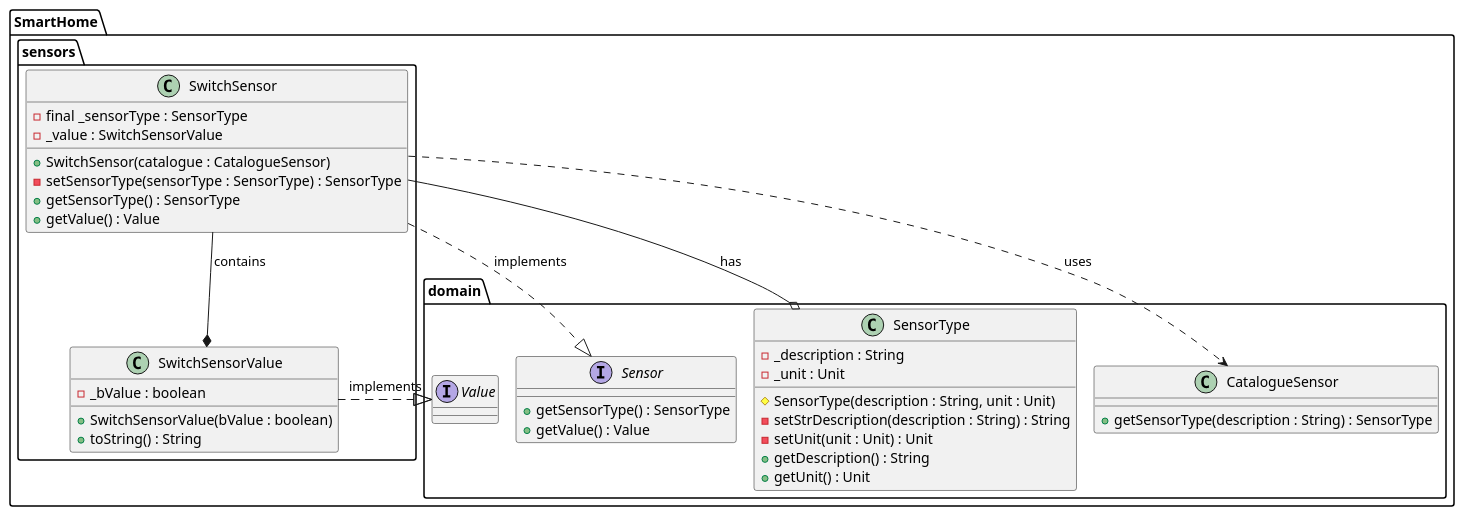
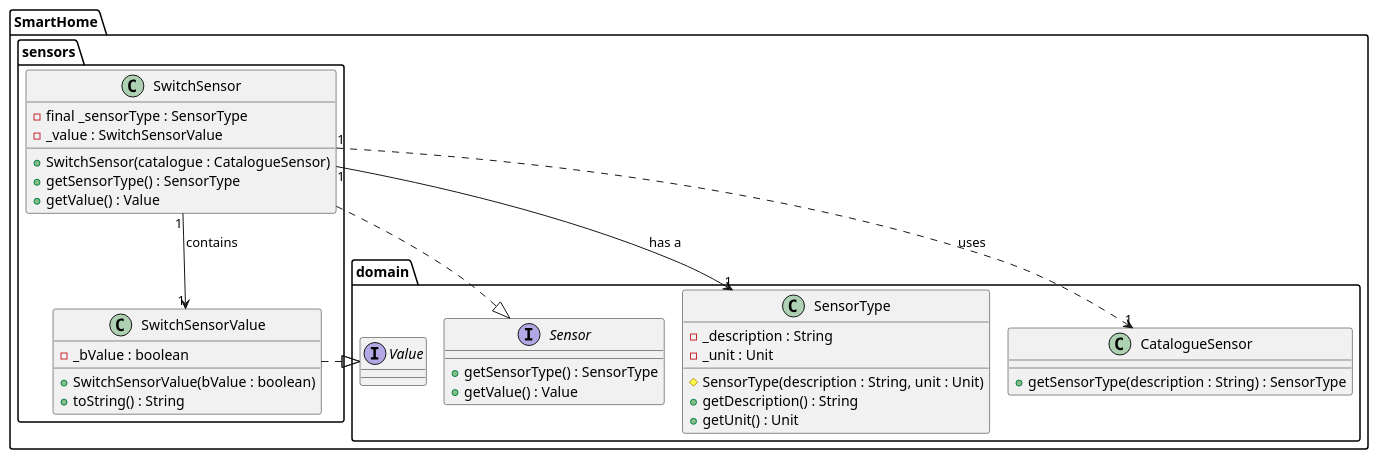
The diagram in docs/ood/classDiagram/US17SwitchSensor.puml (olivDiogo/SmartHome), drawn with PlantUML before and after one commit.

Commit message:
Fixed US17 Class Diagram after feedback

```diff
--- a/docs/ood/classDiagram/US17SwitchSensor.puml
+++ b/docs/ood/classDiagram/US17SwitchSensor.puml
@@ -1,53 +1,50 @@
 @startuml
 !pragma layout smetana
 
 package SmartHome.sensors {
 
     class SwitchSensor {
         - final _sensorType : SensorType
         - _value : SwitchSensorValue
         + SwitchSensor(catalogue : CatalogueSensor)
-        - setSensorType(sensorType : SensorType) : SensorType
         + getSensorType() : SensorType
         + getValue() : Value
     }
 
     class SwitchSensorValue implements SmartHome.domain.Value {
         - _bValue : boolean
         + SwitchSensorValue(bValue : boolean)
         + toString() : String
     }
 
 }
 
 package SmartHome.domain {
 
     interface Sensor {
         + getSensorType() : SensorType
         + getValue() : Value
     }
 
     class SensorType {
         - _description : String
         - _unit : Unit
         # SensorType(description : String, unit : Unit)
-        - setStrDescription(description : String) : String
-        - setUnit(unit : Unit) : Unit
         + getDescription() : String
         + getUnit() : Unit
     }
 
     interface Value {
     }
 
     class CatalogueSensor {
         + getSensorType(description : String) : SensorType
     }
 }
 
-SmartHome.sensors.SwitchSensor ..|> SmartHome.domain.Sensor : implements
-SmartHome.sensors.SwitchSensor --o SmartHome.domain.SensorType : has
-SmartHome.sensors.SwitchSensor --* SmartHome.sensors.SwitchSensorValue : contains
-SmartHome.sensors.SwitchSensor ..> SmartHome.domain.CatalogueSensor : uses
-SmartHome.sensors.SwitchSensorValue ..|> SmartHome.domain.Value : implements
+SmartHome.sensors.SwitchSensor ..|> SmartHome.domain.Sensor
+SmartHome.sensors.SwitchSensor "1" --> "1" SmartHome.domain.SensorType : has a
+SmartHome.sensors.SwitchSensor "1" --> "1" SmartHome.sensors.SwitchSensorValue : contains
+SmartHome.sensors.SwitchSensor "1" ..> "1" SmartHome.domain.CatalogueSensor : uses
+SmartHome.sensors.SwitchSensorValue ..|> SmartHome.domain.Value
 @enduml
```
